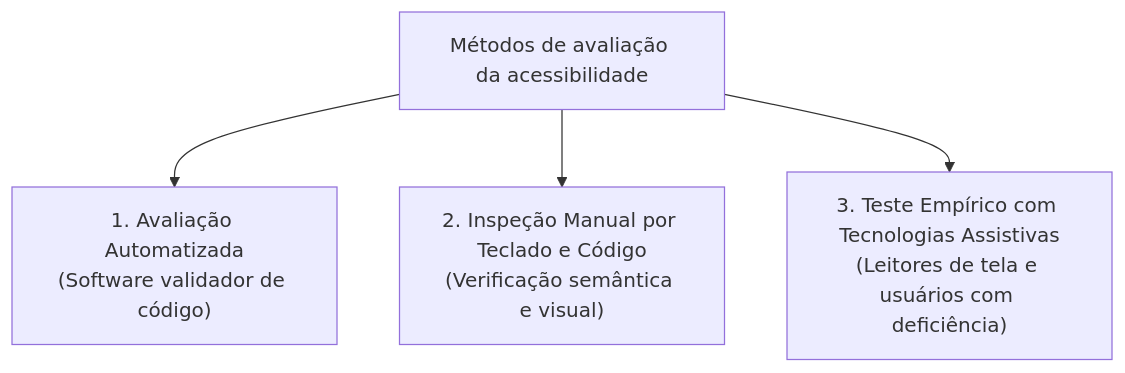
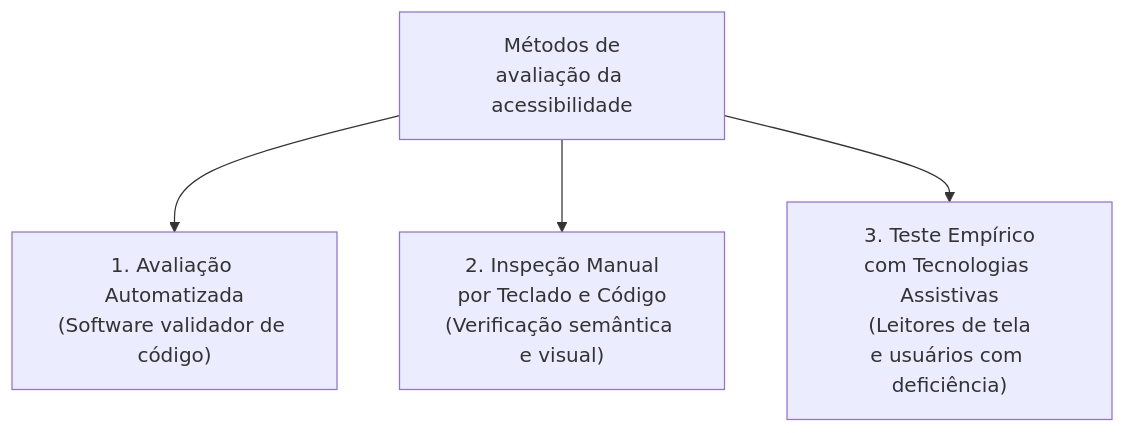
Before and after one commit to leorruas/puc: the third of 3 diagrams in 08. Design de Interacao/22. Avaliação da acessibilidade - diretrizes da wcag e conformidade em sistemas interativos.md, drawn with Mermaid. The commit also changed other lines of this file and 16 other files, not shown here.

Commit message:
style(mermaid): comprehensive audit and optimization of 45 Mermaid blocks across all 22 topic notes

````diff
--- a/08. Design de Interacao/22. Avaliação da acessibilidade - diretrizes da wcag e conformidade em sistemas interativos.md
+++ b/08. Design de Interacao/22. Avaliação da acessibilidade - diretrizes da wcag e conformidade em sistemas interativos.md
@@ -101,6 +101,6 @@
 ```mermaid
 graph TD
-    Metodos["Métodos de avaliação da acessibilidade"] --> Aut["1. Avaliação Automatizada<br>(Software validador de código)"]
-    Metodos --> Insp["2. Inspeção Manual por Teclado e Código<br>(Verificação semântica e visual)"]
-    Metodos --> Emp["3. Teste Empírico com Tecnologias Assistivas<br>(Leitores de tela e usuários com deficiência)"]
+    Metodos["Métodos de<br>avaliação da acessibilidade"] --> Aut["1. Avaliação Automatizada<br>(Software validador de código)"]
+    Metodos --> Insp["2. Inspeção Manual<br>por Teclado e Código<br>(Verificação semântica e visual)"]
+    Metodos --> Emp["3. Teste Empírico<br>com Tecnologias Assistivas<br>(Leitores de tela<br>e usuários com deficiência)"]
 ```
````
